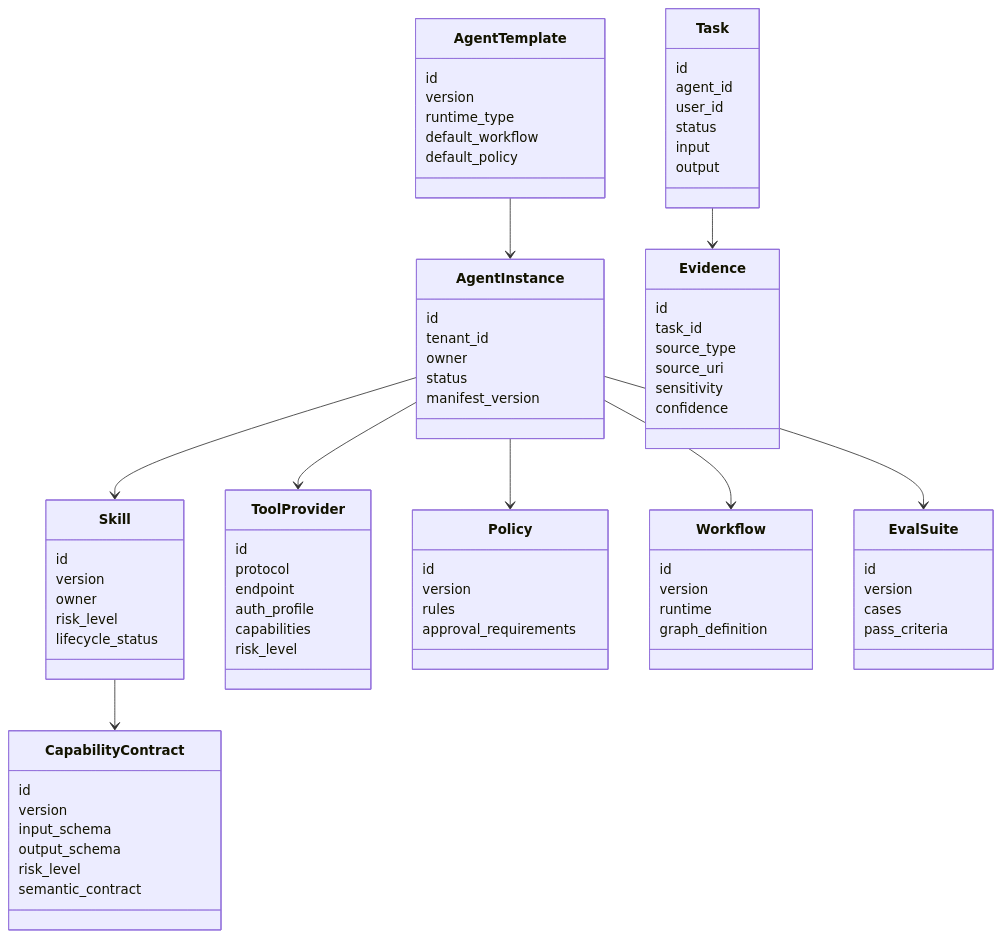
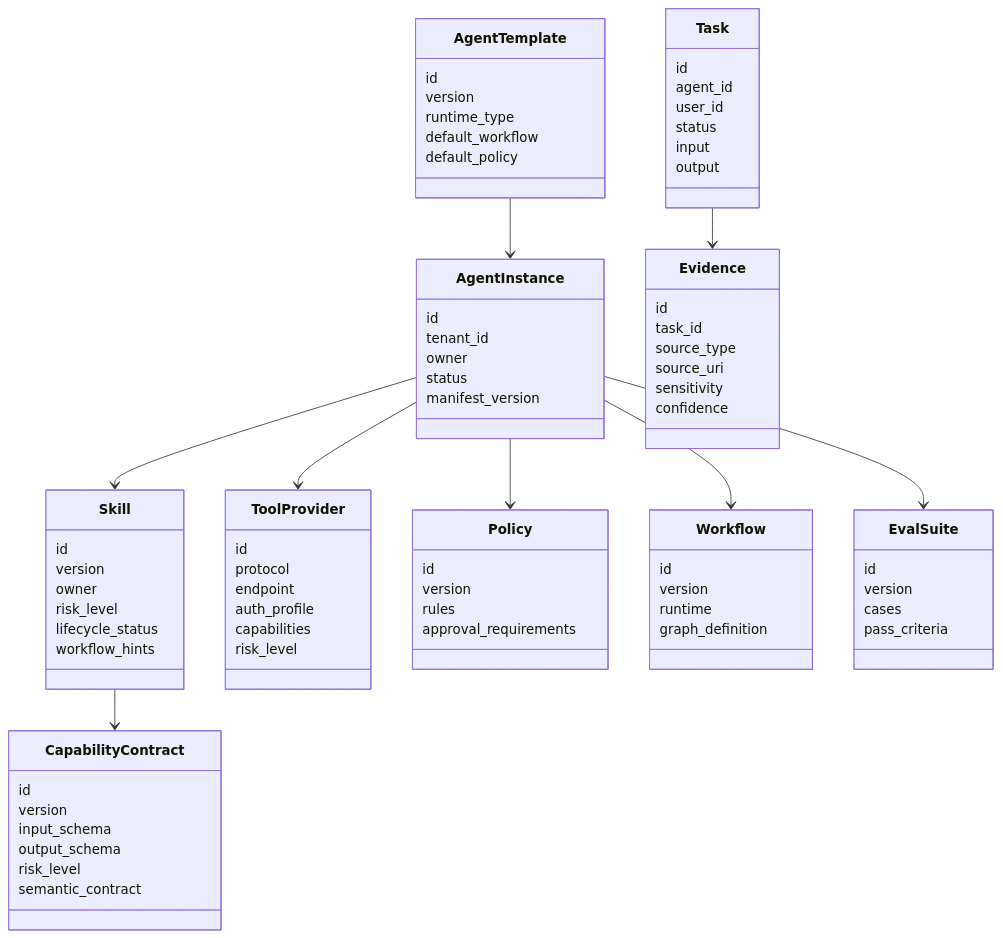
One commit to congdhhp/agent-foundry changed the diagram in docs/03-domain-and-manifest-model.md. Above: the diagram before and after it, drawn with Mermaid. The commit also changed other lines of this file and 14 other files, not shown here.

```diff
--- a/docs/03-domain-and-manifest-model.md
+++ b/docs/03-domain-and-manifest-model.md
@@ -29,6 +29,7 @@
         owner
         risk_level
         lifecycle_status
+        workflow_hints
     }
 
     class CapabilityContract {
```
